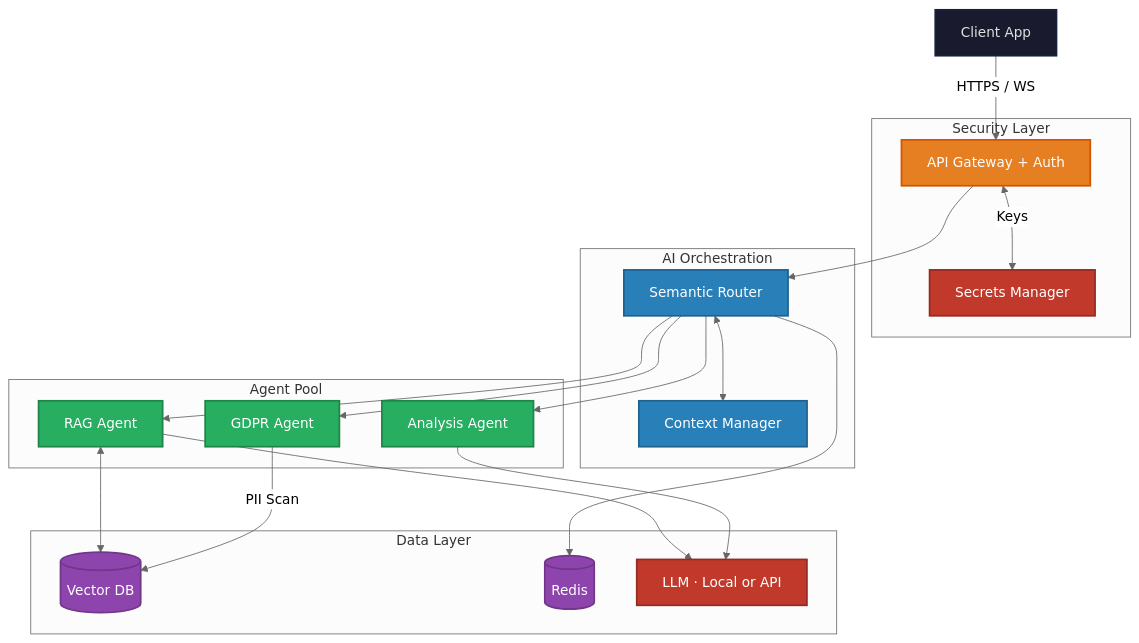
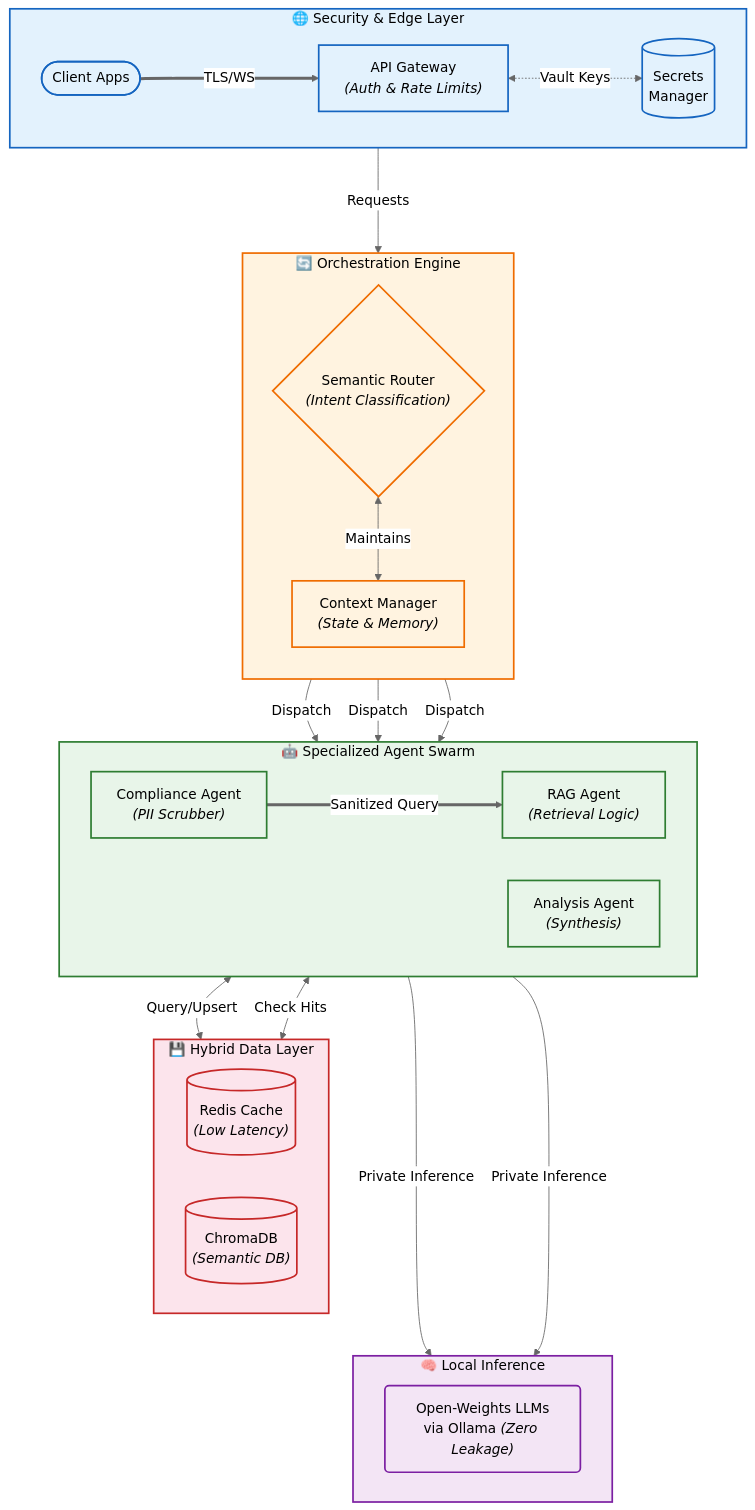
The diagram in README.md (GuilhermeGors/GuilhermeGors), drawn with Mermaid (neutral theme) before and after one commit. The commit also changed other lines of this file, not shown here.

Commit message:
sub3 - 2
Updated the README to enhance clarity and detail about AI engineering projects, including new sections on privacy, vendor independence, and core engineering principles.

````diff
--- a/README.md
+++ b/README.md
@@ -81,46 +109,65 @@
 ```mermaid
-graph TD
-    classDef client fill:#1a1a2e,stroke:#16213e,stroke-width:2px,color:#e0e0e0
-    classDef gateway fill:#e67e22,stroke:#d35400,stroke-width:2px,color:#fff
-    classDef orch fill:#2980b9,stroke:#1f618d,stroke-width:2px,color:#fff
-    classDef agent fill:#27ae60,stroke:#1e8449,stroke-width:2px,color:#fff
-    classDef data fill:#8e44ad,stroke:#71368a,stroke-width:2px,color:#fff
-    classDef infra fill:#c0392b,stroke:#922b21,stroke-width:2px,color:#fff
+flowchart TD
+    %% Styling
+    classDef edgeLayer fill:#e3f2fd,stroke:#1565c0,stroke-width:2px,color:#000
+    classDef orchestrator fill:#fff3e0,stroke:#ef6c00,stroke-width:2px,color:#000
+    classDef agents fill:#e8f5e9,stroke:#2e7d32,stroke-width:2px,color:#000
+    classDef data fill:#fce4ec,stroke:#c62828,stroke-width:2px,color:#000
+    classDef model fill:#f3e5f5,stroke:#7b1fa2,stroke-width:2px,color:#000
 
-    User["Client App"]:::client
-
-    subgraph Security["Security Layer"]
-        GW["API Gateway + Auth"]:::gateway
-        Vault["Secrets Manager"]:::infra
+    subgraph Gateway ["🌐 Security & Edge Layer"]
+        direction LR
+        Client(["Client Apps"])
+        API["API Gateway<br/><i>(Auth & Rate Limits)</i>"]
+        Vault[("Secrets<br/>Manager")]
     end
 
-    subgraph Core["AI Orchestration"]
-        Orch["Semantic Router"]:::orch
-        Ctx["Context Manager"]:::orch
+    subgraph Core ["🔄 Orchestration Engine"]
+        direction TB
+        Router{"Semantic Router<br/><i>(Intent Classification)</i>"}
+        Ctx["Context Manager<br/><i>(State & Memory)</i>"]
     end
 
-    subgraph Agents["Agent Pool"]
-        RAG["RAG Agent"]:::agent
-        Eval["Analysis Agent"]:::agent
-        Compliance["GDPR Agent"]:::agent
+    subgraph Swarm ["🤖 Specialized Agent Swarm"]
+        direction LR
+        GDPR["Compliance Agent<br/><i>(PII Scrubber)</i>"]
+        RAG["RAG Agent<br/><i>(Retrieval Logic)</i>"]
+        Eval["Analysis Agent<br/><i>(Synthesis)</i>"]
     end
 
-    subgraph Store["Data Layer"]
-        VDB[("Vector DB")]:::data
-        Cache[("Redis")]:::data
-        LLM["LLM · Local or API"]:::infra
+    subgraph Storage ["💾 Hybrid Data Layer"]
+        direction LR
+        Redis[("Redis Cache<br/><i>(Low Latency)</i>")]
+        Vector[("ChromaDB<br/><i>(Semantic DB)</i>")]
     end
 
-    User -->|HTTPS / WS| GW
-    GW <-->|Keys| Vault
-    GW --> Orch
-    Orch <--> Ctx
-    Orch --> RAG
-    Orch --> Eval
-    Orch --> Compliance
-    RAG <--> VDB
-    RAG --> LLM
-    Eval --> LLM
-    Compliance -->|PII Scan| VDB
-    Orch --> Cache
+    subgraph Engine ["🧠 Local Inference"]
+        direction LR
+        LLM("Open-Weights LLMs<br/>via Ollama <i>(Zero Leakage)</i>")
+    end
+
+    %% Connections
+    Client ===>|TLS/WS| API
+    API <.->|Vault Keys| Vault
+    API --->|Requests| Router
+
+    Router <-->|Maintains| Ctx
+    Router -->|Dispatch| GDPR
+    Router -->|Dispatch| RAG
+    Router -->|Dispatch| Eval
+
+    GDPR ===>|Sanitized Query| RAG
+    
+    RAG <-->|Query/Upsert| Vector
+    Eval <-->|Check Hits| Redis
+    
+    RAG --->|Private Inference| LLM
+    Eval --->|Private Inference| LLM
+
+    %% Apply Classes
+    class Gateway,Client,API,Vault edgeLayer
+    class Core,Router,Ctx orchestrator
+    class Swarm,GDPR,RAG,Eval agents
+    class Storage,Redis,Vector data
+    class Engine,LLM model
 ```
````
